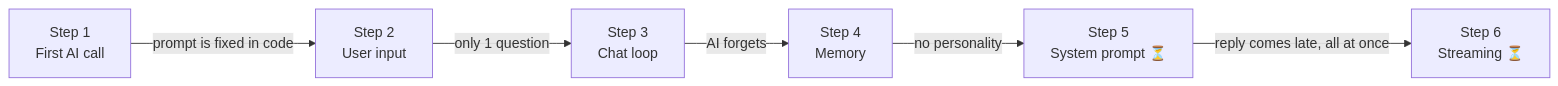
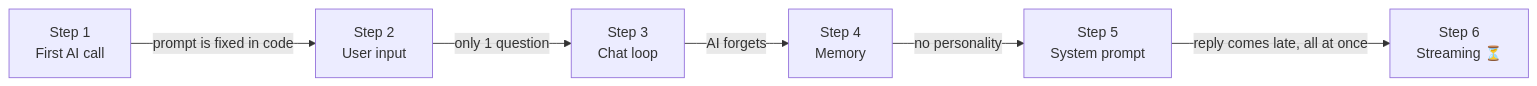
One commit to Adityaguptawebdev/Learning_AI changed the first of 6 diagrams in 01_chat_with_local_ai/README.md. Above: the diagram before and after it, drawn with Mermaid. The commit also changed other lines of this file and 2 other files, not shown here.

Commit message:
Add step 5: system prompt

````diff
--- a/01_chat_with_local_ai/README.md
+++ b/01_chat_with_local_ai/README.md
@@ -5,8 +5,8 @@
 ```mermaid
 flowchart LR
     S1["Step 1<br/>First AI call"] -->|"prompt is fixed in code"| S2["Step 2<br/>User input"]
     S2 -->|"only 1 question"| S3["Step 3<br/>Chat loop"]
     S3 -->|"AI forgets"| S4["Step 4<br/>Memory"]
-    S4 -->|"no personality"| S5["Step 5<br/>System prompt ⏳"]
+    S4 -->|"no personality"| S5["Step 5<br/>System prompt"]
     S5 -->|"reply comes late, all at once"| S6["Step 6<br/>Streaming ⏳"]
 ```
````
